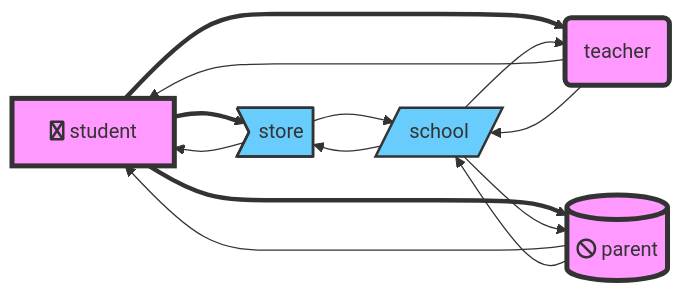
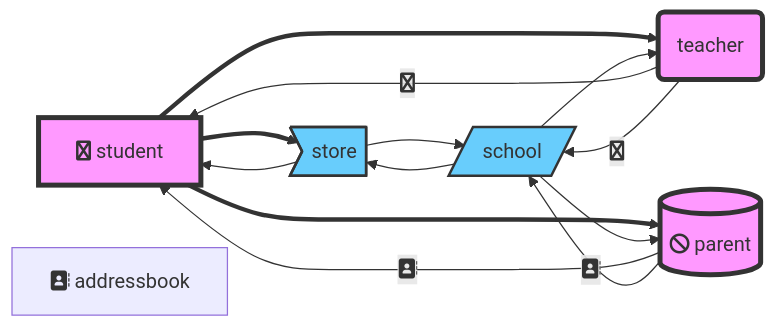
One commit to jwang1122/python changed the second of 11 diagrams in aDoc/mermaid.md. Above: the diagram before and after it, drawn with Mermaid. The commit also changed other lines of this file and 4 other files, not shown here.

````diff
--- a/aDoc/mermaid.md
+++ b/aDoc/mermaid.md
@@ -83,12 +85,13 @@
 ```mermaid
 graph LR;
     classDef rect1 fill:#f9f,stroke:#333,stroke-width:4px;
     classDef rect2 fill:#68cdfc,stroke:#333,stroke-width:2px;
     A[fa:fa-twitter student]==> B>store] & C(teacher) & D[(fa:fa-ban parent)];
     B--> A & E[/school/];
-    C--> A & E;
-    D--> A & E;
+    C--fa:fa-twitter--> A & E;
+    D--fa:fa-address-book --> A & E;
     E--> B & C & D;
+    F["fa:fa-address-book addressbook "]
     class A,C,D rect1
     class B,E rect2
 ```
````
